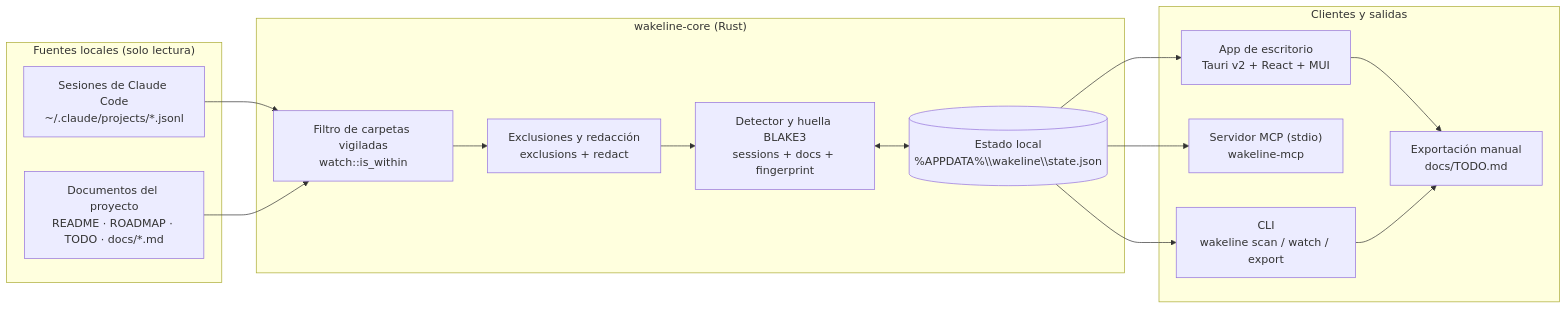
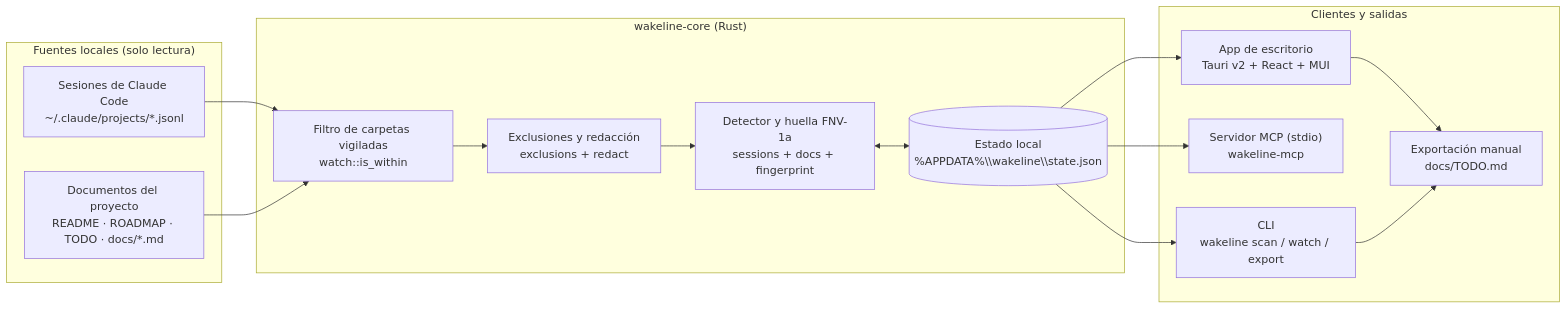
The first of 2 diagrams in README.es.md (hopsiedev/wakeline), drawn with Mermaid before and after one commit. The commit also changed other lines of this file and 28 other files, not shown here.

````diff
--- a/README.es.md
+++ b/README.es.md
@@ -76,32 +85,32 @@
 ```mermaid
 flowchart LR
   subgraph Fuentes["Fuentes locales (solo lectura)"]
     S["Sesiones de Claude Code<br/>~/.claude/projects/*.jsonl"]
     D["Documentos del proyecto<br/>README · ROADMAP · TODO · docs/*.md"]
   end
 
   subgraph Core["wakeline-core (Rust)"]
     W["Filtro de carpetas vigiladas<br/>watch::is_within"]
     X["Exclusiones y redacción<br/>exclusions + redact"]
-    P["Detector y huella BLAKE3<br/>sessions + docs + fingerprint"]
+    P["Detector y huella FNV-1a<br/>sessions + docs + fingerprint"]
     ST[("Estado local<br/>%APPDATA%\\wakeline\\state.json")]
   end
 
   subgraph Clientes[" Clientes y salidas"]
     UI["App de escritorio<br/>Tauri v2 + React + MUI"]
     MCP["Servidor MCP (stdio)<br/>wakeline-mcp"]
     CLI["CLI<br/>wakeline scan / watch / export"]
     TODO["Exportación manual<br/>docs/TODO.md"]
   end
 
   S --> W
   D --> W
   W --> X
   X --> P
   P <--> ST
   ST --> UI
   ST --> MCP
   ST --> CLI
   UI --> TODO
   CLI --> TODO
 ```
````
